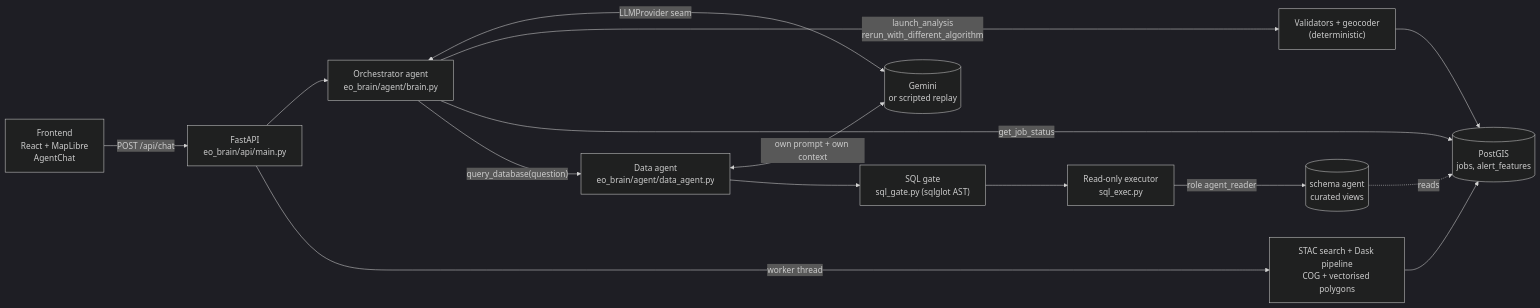
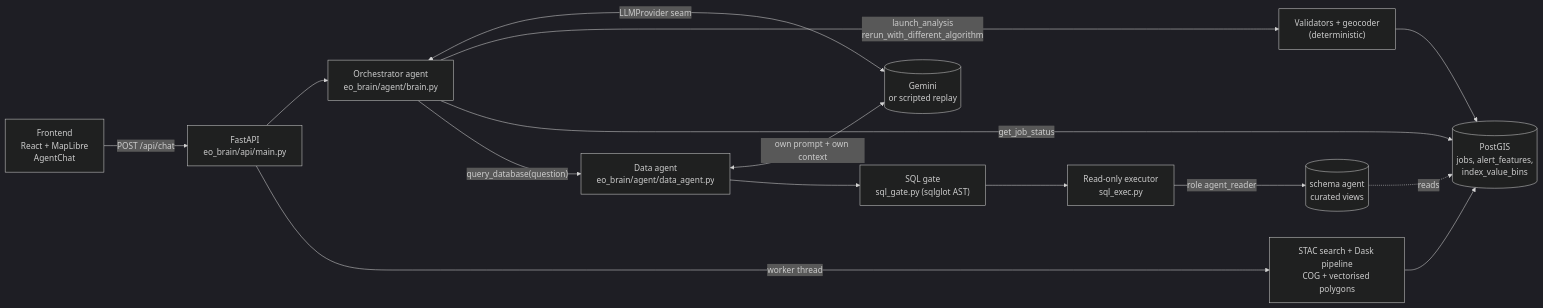
One commit to linkar03/eo-brain changed the diagram in README.md. Above: the diagram before and after it, drawn with Mermaid (dark theme). The commit also changed other lines of this file and 26 other files, not shown here.

First line of the commit message:
Store index value distributions and answer threshold questions

````diff
--- a/README.md
+++ b/README.md
@@ -91,19 +94,19 @@
 ```mermaid
 flowchart LR
     UI["Frontend<br/>React + MapLibre<br/>AgentChat"] -->|POST /api/chat| API["FastAPI<br/>eo_brain/api/main.py"]
     API --> ORCH["Orchestrator agent<br/>eo_brain/agent/brain.py"]
     ORCH <-->|LLMProvider seam| LLM[("Gemini<br/>or scripted replay")]
 
     ORCH -->|launch_analysis<br/>rerun_with_different_algorithm| VAL["Validators + geocoder<br/>(deterministic)"]
-    VAL --> JOBS[("PostGIS<br/>jobs, alert_features")]
+    VAL --> JOBS[("PostGIS<br/>jobs, alert_features,<br/>index_value_bins")]
     API -->|worker thread| PIPE["STAC search + Dask pipeline<br/>COG + vectorised polygons"]
     PIPE --> JOBS
     ORCH -->|get_job_status| JOBS
 
     ORCH -->|"query_database(question)"| DA["Data agent<br/>eo_brain/agent/data_agent.py"]
     DA <-->|own prompt + own context| LLM
     DA --> GATE["SQL gate<br/>sql_gate.py (sqlglot AST)"]
     GATE --> EXEC["Read-only executor<br/>sql_exec.py"]
     EXEC -->|role agent_reader| VIEWS[("schema agent<br/>curated views")]
     VIEWS -. reads .-> JOBS
 ```
````
